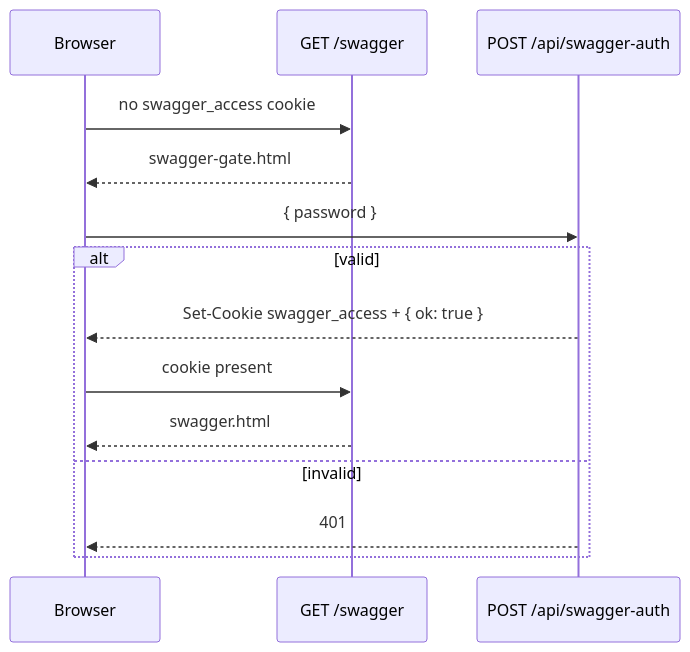
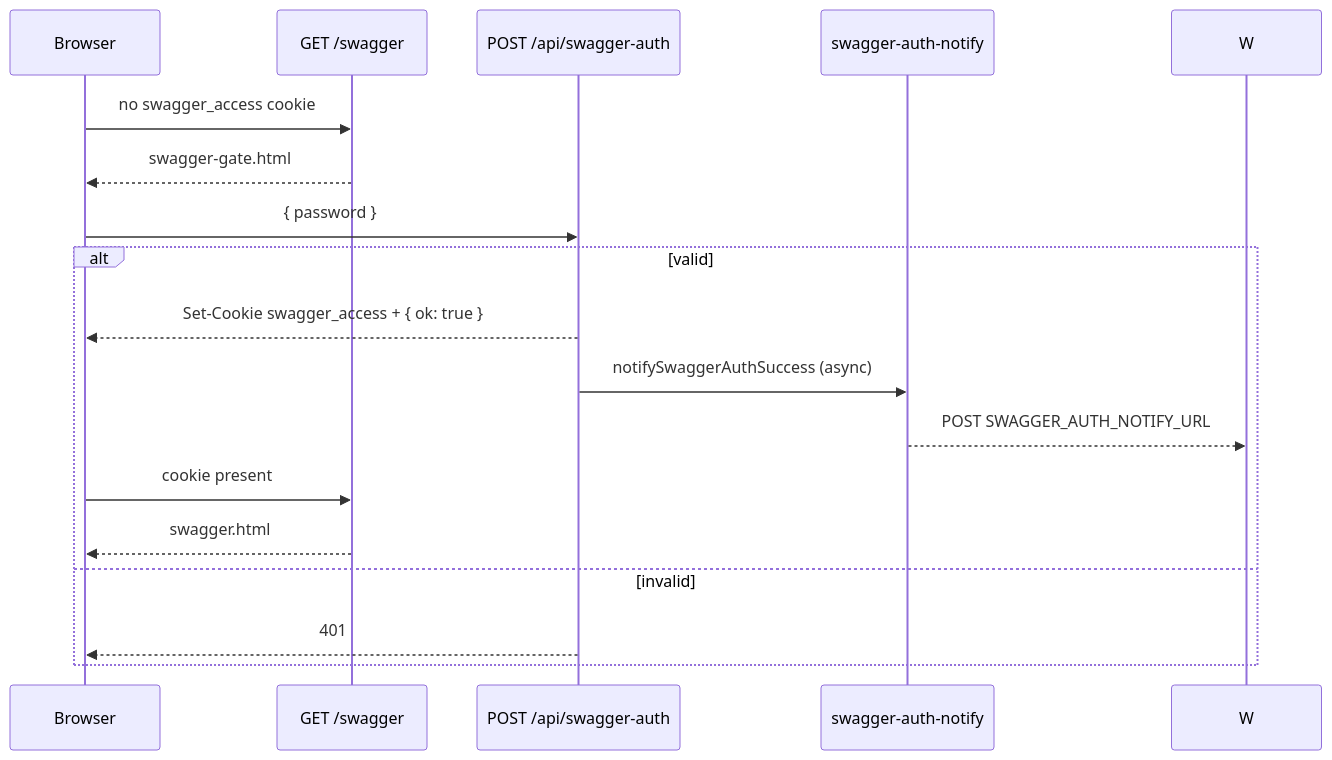
The fourth of 7 diagrams in develop/architecture.md (EthanOK/ethan-dapp-server), drawn with Mermaid before and after one commit. The commit also changed other lines of this file and 16 other files, not shown here.

First line of the commit message:
feat(swagger): notify webhook on login with IP and country

````diff
--- a/develop/architecture.md
+++ b/develop/architecture.md
@@ -200,17 +209,20 @@
 ```mermaid
 sequenceDiagram
   participant B as Browser
   participant S as GET /swagger
   participant A as POST /api/swagger-auth
+  participant N as swagger-auth-notify
 
   B->>S: no swagger_access cookie
   S-->>B: swagger-gate.html
   B->>A: { password }
   alt valid
     A-->>B: Set-Cookie swagger_access + { ok: true }
+    A->>N: notifySwaggerAuthSuccess (async)
+    N-->>W: POST SWAGGER_AUTH_NOTIFY_URL
     B->>S: cookie present
     S-->>B: swagger.html
   else invalid
     A-->>B: 401
   end
 ```
````
